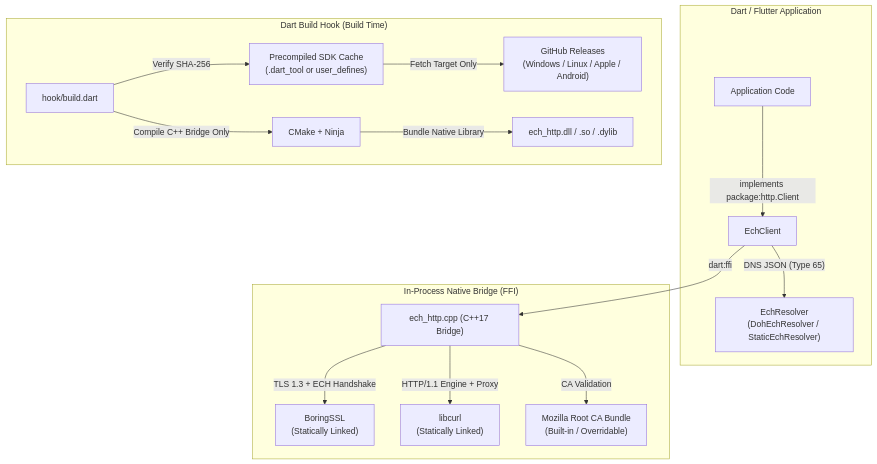
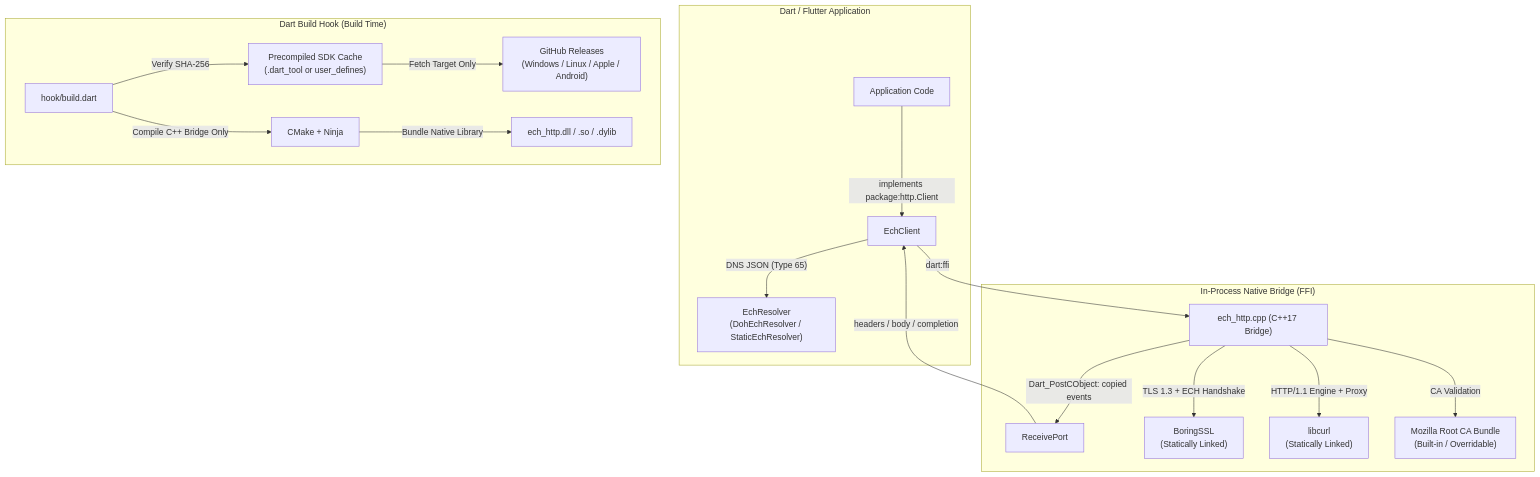
One commit to Predidit/ech_http changed the diagram in README.md. Above: the diagram before and after it, drawn with Mermaid. The commit also changed other lines of this file and 18 other files, not shown here.

````diff
--- a/README.md
+++ b/README.md
@@ -19,21 +19,23 @@
 ```mermaid
 flowchart TD
     subgraph DartApp["Dart / Flutter Application"]
         Consumer["Application Code"] -->|"implements package:http.Client"| EchClient["EchClient"]
         EchClient -->|"DNS JSON (Type 65)"| Resolver["EchResolver\n(DohEchResolver / StaticEchResolver)"]
     end
 
     subgraph NativeBridge["In-Process Native Bridge (FFI)"]
         EchClient -->|"dart:ffi"| Bridge["ech_http.cpp (C++17 Bridge)"]
+        Bridge -->|"Dart_PostCObject: copied events"| Events["ReceivePort"]
+        Events -->|"headers / body / completion"| EchClient
         Bridge -->|"TLS 1.3 + ECH Handshake"| BoringSSL["BoringSSL\n(Statically Linked)"]
         Bridge -->|"HTTP/1.1 Engine + Proxy"| Libcurl["libcurl\n(Statically Linked)"]
         Bridge -->|"CA Validation"| MozRoots["Mozilla Root CA Bundle\n(Built-in / Overridable)"]
     end
 
     subgraph BuildSystem["Dart Build Hook (Build Time)"]
         Hook["hook/build.dart"] -->|"Verify SHA-256"| SDKCache["Precompiled SDK Cache\n(.dart_tool or user_defines)"]
         SDKCache -->|"Fetch Target Only"| PrebuiltRepo["GitHub Releases\n(Windows / Linux / Apple / Android)"]
         Hook -->|"Compile C++ Bridge Only"| CMakeNinja["CMake + Ninja"]
         CMakeNinja -->|"Bundle Native Library"| OutputLib["ech_http.dll / .so / .dylib"]
     end
 ```
````
